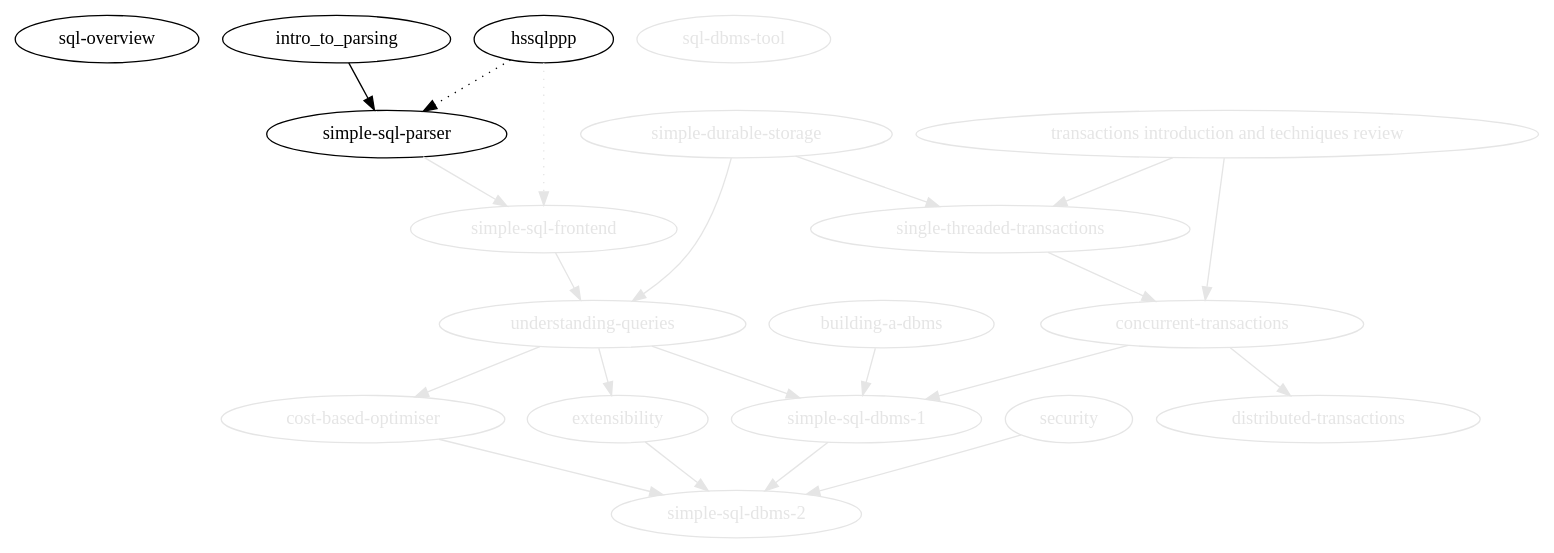
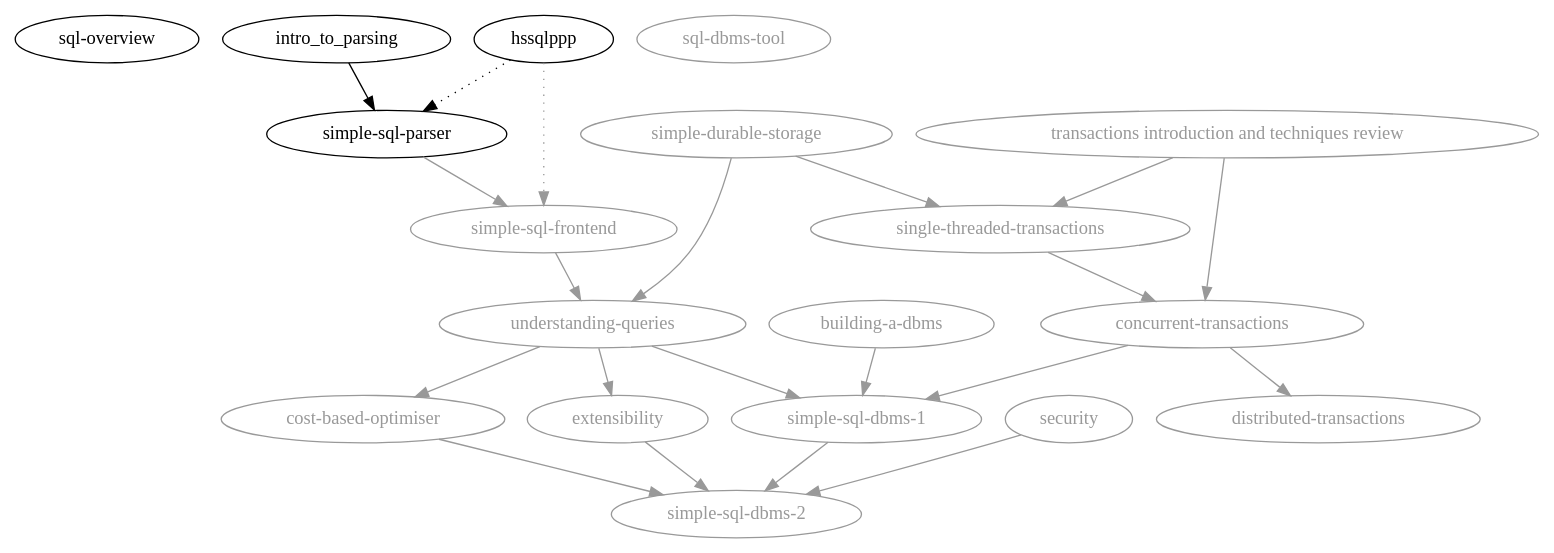
One commit to JakeWheat/JakeWheat.github.io changed the diagram in projects_diagram.dot. Above: the diagram before and after it, drawn with Graphviz. The commit also changed 82 other files, not shown here.

```diff
--- a/projects_diagram.dot
+++ b/projects_diagram.dot
@@ -1,156 +1,156 @@
 
 // dot -Tsvg projects_diagram.dot -o projects_diagram.svg
 
 /*
 digraph {
 
 
       hssqlppp[label="hssqlppp",URL="http://jakewheat.github.io/hssqlppp/latest"];
 
       so[label="sql-overview",URL="http://jakewheat.github.io/sql-overview/"];
 
       itp[label="intro_to_parsing",URL="http://jakewheat.github.io/intro_to_parsing/"];
 
       ssp[label="simple-sql-parser",URL="http://jakewheat.github.io/simple-sql-parser/latest/"];
 
       ssf[label="simple-sql-frontend",color=gray,fontcolor=gray];
 
       ssdbms[label="simple-sql-dbms",color=gray,fontcolor=gray];
 
       uq[label="understanding-queries",color=gray,fontcolor=gray];
 
       sds[label="simple-durable-storage",color=gray,fontcolor=gray];
 
       stt[label="single-threaded-transactions",color=gray,fontcolor=gray];
 
       ct[label="concurrent-transactions",color=gray,fontcolor=gray];
 
       dt[label="distributed-transactions",color=gray,fontcolor=gray];
 
       cbo[label="cost-based-optimiser",color=gray,fontcolor=gray];
 
       e[label="extensibility",color=gray,fontcolor=gray];
 
       tool[label="sql-dbms-tool",color=gray,fontcolor=gray];
 
       bdbms[label="building-a-dbms",color=gray,fontcolor=gray];
 
       sec[label="security",color=gray,fontcolor=gray];
 
       hssqlppp -> ssp [style=dotted];
       hssqlppp -> ssf [style=dotted];
 
       itp -> ssp;
 
       ssp -> ssf;
 
       ssf -> uq;
 
       sds -> uq;
 
       sds -> stt;
 
       stt -> ct;
 
       ct -> dt;
 
       ct -> ssdbms;
 
       uq -> cbo;
 
       cbo -> ssdbms;
 
       e -> ssdbms;
 
       sec -> ssdbms;
 
       uq -> e;
 
       bdbms -> ssdbms;
 }
 
 */
 
 
 digraph  {
         
   subgraph xcluster_docs {
           label="documentation and demos";
           
     so[label="sql-overview",URL="http://jakewheat.github.io/sql-overview/"];
     itp[label="intro_to_parsing",URL="http://jakewheat.github.io/intro_to_parsing/"];
-    bdbms[label="building-a-dbms",color=gray90,fontcolor=gray90];
-    sec[label="security",color=gray90,fontcolor=gray90];
-    uq[label="understanding-queries",color=gray90,fontcolor=gray90];
-    sds[label="simple-durable-storage",color=gray90,fontcolor=gray90];
-    stt[label="single-threaded-transactions",color=gray90,fontcolor=gray90];
-    ct[label="concurrent-transactions",color=gray90,fontcolor=gray90];
-    dt[label="distributed-transactions",color=gray90,fontcolor=gray90];
-    cbo[label="cost-based-optimiser",color=gray90,fontcolor=gray90];
-    e[label="extensibility",color=gray90,fontcolor=gray90];
-    tr[label="transactions introduction and techniques review",color=gray90,fontcolor=gray90];
+    bdbms[label="building-a-dbms",color=gray60,fontcolor=gray60];
+    sec[label="security",color=gray60,fontcolor=gray60];
+    uq[label="understanding-queries",color=gray60,fontcolor=gray60];
+    sds[label="simple-durable-storage",color=gray60,fontcolor=gray60];
+    stt[label="single-threaded-transactions",color=gray60,fontcolor=gray60];
+    ct[label="concurrent-transactions",color=gray60,fontcolor=gray60];
+    dt[label="distributed-transactions",color=gray60,fontcolor=gray60];
+    cbo[label="cost-based-optimiser",color=gray60,fontcolor=gray60];
+    e[label="extensibility",color=gray60,fontcolor=gray60];
+    tr[label="transactions introduction and techniques review",color=gray60,fontcolor=gray60];
   }
 
   subgraph xcluster_libs {
           label="libraries";
           
     hssqlppp[label="hssqlppp",URL="http://jakewheat.github.io/hssqlppp/latest"];
     ssp[label="simple-sql-parser",URL="http://jakewheat.github.io/simple-sql-parser/latest/"];
-    ssf[label="simple-sql-frontend",color=gray90,fontcolor=gray90];
+    ssf[label="simple-sql-frontend",color=gray60,fontcolor=gray60];
   }
 
   subgraph xcluster_exes {
           label="executables";
           
-    ssdbms1[label="simple-sql-dbms-1",color=gray90,fontcolor=gray90];
-    ssdbms2[label="simple-sql-dbms-2",color=gray90,fontcolor=gray90];
-    tool[label="sql-dbms-tool",color=gray90,fontcolor=gray90];
+    ssdbms1[label="simple-sql-dbms-1",color=gray60,fontcolor=gray60];
+    ssdbms2[label="simple-sql-dbms-2",color=gray60,fontcolor=gray60];
+    tool[label="sql-dbms-tool",color=gray60,fontcolor=gray60];
   }
 
 
   /*
   missing:
   intro to ssf
   intro to transactions: combine with transactions techinques overview?
   */
 
   hssqlppp -> ssp [style=dotted]
   ;
-  hssqlppp -> ssf [style=dotted,color=gray90];
+  hssqlppp -> ssf [style=dotted,color=gray60];
 
   itp -> ssp;
 
-  ssp -> ssf [color=gray90];
+  ssp -> ssf [color=gray60];
 
-  ssf -> uq [color=gray90];
+  ssf -> uq [color=gray60];
 
-  sds -> uq [color=gray90];
+  sds -> uq [color=gray60];
 
-  sds -> stt [color=gray90];
+  sds -> stt [color=gray60];
 
-  stt -> ct [color=gray90];
+  stt -> ct [color=gray60];
 
-  tr -> stt [color=gray90];
-  tr -> ct [color=gray90];
+  tr -> stt [color=gray60];
+  tr -> ct [color=gray60];
 
-  ct -> dt [color=gray90];
+  ct -> dt [color=gray60];
 
-  ct -> ssdbms1 [color=gray90];
+  ct -> ssdbms1 [color=gray60];
 
-  ssdbms1 -> ssdbms2 [color=gray90];
+  ssdbms1 -> ssdbms2 [color=gray60];
 
-  uq -> ssdbms1 [color=gray90];
+  uq -> ssdbms1 [color=gray60];
 
-  uq -> cbo [color=gray90];
+  uq -> cbo [color=gray60];
 
-  cbo -> ssdbms2 [color=gray90];
+  cbo -> ssdbms2 [color=gray60];
 
-  e -> ssdbms2 [color=gray90];
+  e -> ssdbms2 [color=gray60];
 
 
-  sec -> ssdbms2 [color=gray90];
+  sec -> ssdbms2 [color=gray60];
 
-  uq -> e [color=gray90];
+  uq -> e [color=gray60];
 
-  bdbms -> ssdbms1 [color=gray90];
+  bdbms -> ssdbms1 [color=gray60];
 }
```
